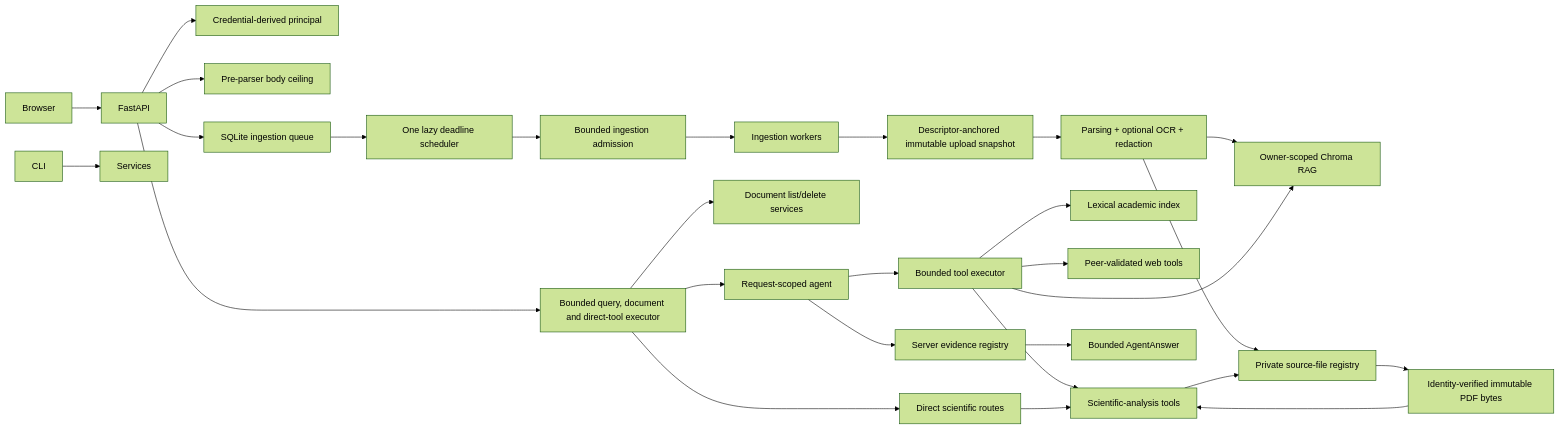
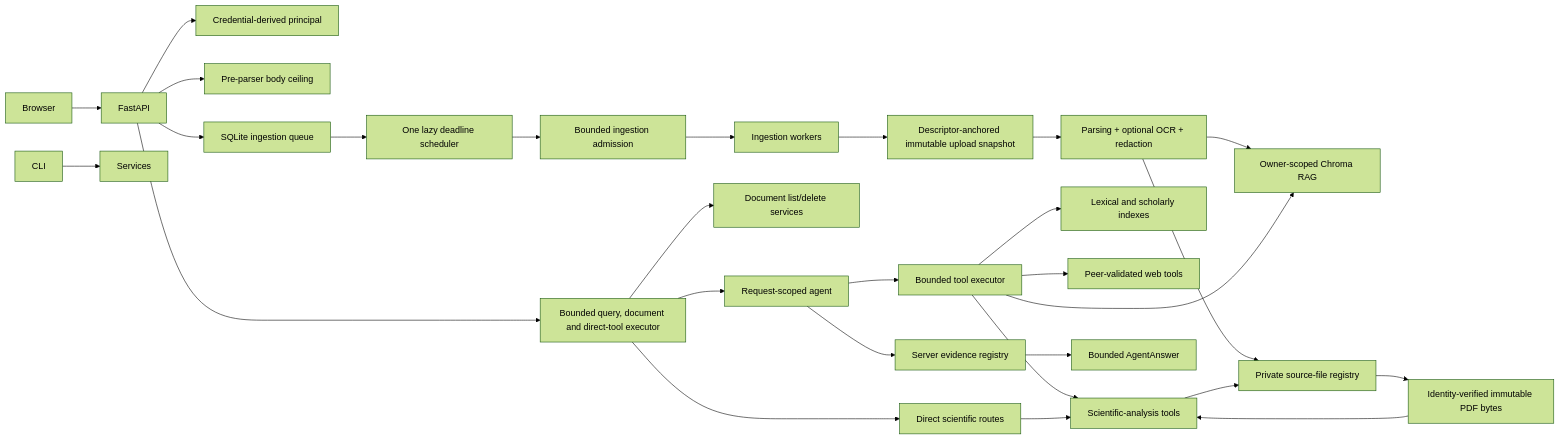
The diagram in README.md (Anurag9000/RigorousRAG), drawn with Mermaid (forest theme) before and after one commit. The commit also changed other lines of this file, not shown here.

````diff
--- a/README.md
+++ b/README.md
@@ -17,30 +17,30 @@
 ```mermaid
 graph LR
     Browser --> FastAPI
     CLI --> Services
     FastAPI --> Principal[Credential-derived principal]
     FastAPI --> BodyLimit[Pre-parser body ceiling]
     FastAPI --> ResearchPool[Bounded query, document and direct-tool executor]
     ResearchPool --> Agent[Request-scoped agent]
     ResearchPool --> DirectTools[Direct scientific routes]
     ResearchPool --> Library[Document list/delete services]
     FastAPI --> Queue[SQLite ingestion queue]
     Queue --> Scheduler[One lazy deadline scheduler]
     Scheduler --> Admission[Bounded ingestion admission]
     Admission --> Workers[Ingestion workers]
     Workers --> Snapshot[Descriptor-anchored immutable upload snapshot]
     Snapshot --> Parser[Parsing + optional OCR + redaction]
     Parser --> RAG[Owner-scoped Chroma RAG]
     Parser --> Registry[Private source-file registry]
     Agent --> ToolPool[Bounded tool executor]
-    ToolPool --> Academic[Lexical academic index]
+    ToolPool --> Academic[Lexical and scholarly indexes]
     ToolPool --> RAG
     ToolPool --> Web[Peer-validated web tools]
     ToolPool --> Integrity[Scientific-analysis tools]
     DirectTools --> Integrity
     Integrity --> Registry
     Registry --> VisualBytes[Identity-verified immutable PDF bytes]
     VisualBytes --> Integrity
     Agent --> Evidence[Server evidence registry]
     Evidence --> Answer[Bounded AgentAnswer]
 ```
````
